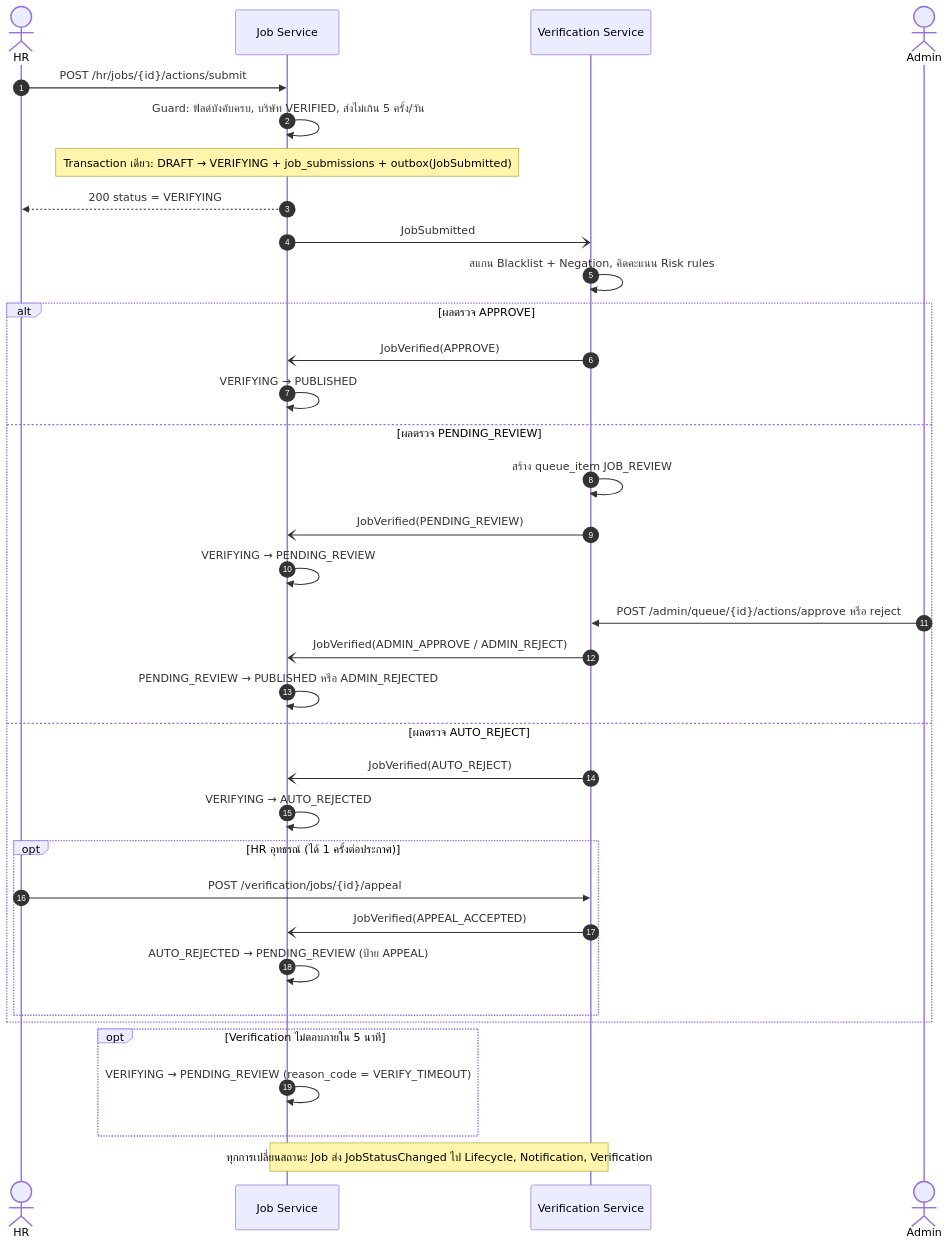
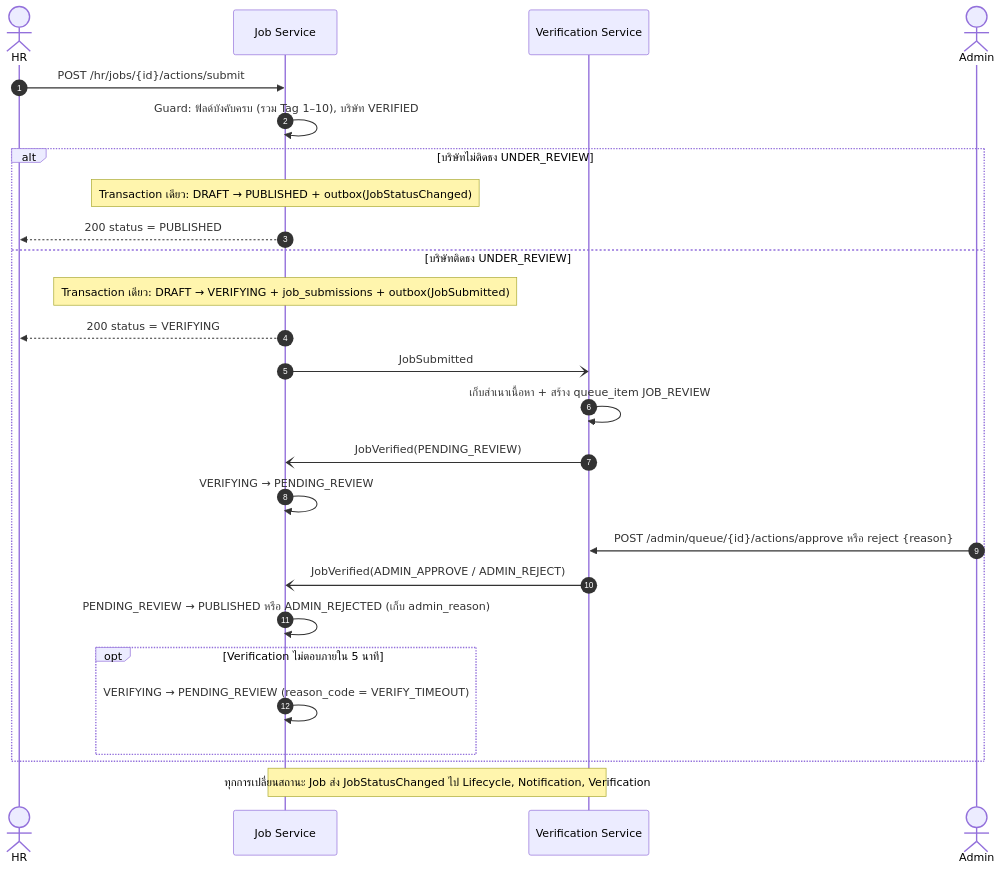
The sixth of 18 diagrams in docs/diagram.md (InternPATHz/InternPATH), drawn with Mermaid before and after one commit. The commit also changed other lines of this file and 224 other files, not shown here.

````diff
--- a/docs/diagram.md
+++ b/docs/diagram.md
@@ -191,41 +191,31 @@
 ```mermaid
 sequenceDiagram
     autonumber
     actor HR as HR
     participant Job as Job Service
     participant Ver as Verification Service
     actor Admin as Admin
 
     HR->>Job: POST /hr/jobs/{id}/actions/submit
-    Job->>Job: Guard: ฟิลด์บังคับครบ, บริษัท VERIFIED, ส่งไม่เกิน 5 ครั้ง/วัน
-    Note over Job: Transaction เดียว: DRAFT → VERIFYING + job_submissions + outbox(JobSubmitted)
-    Job-->>HR: 200 status = VERIFYING
-    Job-)Ver: JobSubmitted
-    Ver->>Ver: สแกน Blacklist + Negation, คิดคะแนน Risk rules
+    Job->>Job: Guard: ฟิลด์บังคับครบ (รวม Tag 1–10), บริษัท VERIFIED
 
-    alt ผลตรวจ APPROVE
-        Ver-)Job: JobVerified(APPROVE)
-        Job->>Job: VERIFYING → PUBLISHED
-    else ผลตรวจ PENDING_REVIEW
-        Ver->>Ver: สร้าง queue_item JOB_REVIEW
+    alt บริษัทไม่ติดธง UNDER_REVIEW
+        Note over Job: Transaction เดียว: DRAFT → PUBLISHED + outbox(JobStatusChanged)
+        Job-->>HR: 200 status = PUBLISHED
+    else บริษัทติดธง UNDER_REVIEW
+        Note over Job: Transaction เดียว: DRAFT → VERIFYING + job_submissions + outbox(JobSubmitted)
+        Job-->>HR: 200 status = VERIFYING
+        Job-)Ver: JobSubmitted
+        Ver->>Ver: เก็บสำเนาเนื้อหา + สร้าง queue_item JOB_REVIEW
         Ver-)Job: JobVerified(PENDING_REVIEW)
         Job->>Job: VERIFYING → PENDING_REVIEW
-        Admin->>Ver: POST /admin/queue/{id}/actions/approve หรือ reject
+        Admin->>Ver: POST /admin/queue/{id}/actions/approve หรือ reject {reason}
         Ver-)Job: JobVerified(ADMIN_APPROVE / ADMIN_REJECT)
-        Job->>Job: PENDING_REVIEW → PUBLISHED หรือ ADMIN_REJECTED
-    else ผลตรวจ AUTO_REJECT
-        Ver-)Job: JobVerified(AUTO_REJECT)
-        Job->>Job: VERIFYING → AUTO_REJECTED
-        opt HR อุทธรณ์ (ได้ 1 ครั้งต่อประกาศ)
-            HR->>Ver: POST /verification/jobs/{id}/appeal
-            Ver-)Job: JobVerified(APPEAL_ACCEPTED)
-            Job->>Job: AUTO_REJECTED → PENDING_REVIEW (ป้าย APPEAL)
+        Job->>Job: PENDING_REVIEW → PUBLISHED หรือ ADMIN_REJECTED (เก็บ admin_reason)
+        opt Verification ไม่ตอบภายใน 5 นาที
+            Job->>Job: VERIFYING → PENDING_REVIEW (reason_code = VERIFY_TIMEOUT)
         end
-    end
-
-    opt Verification ไม่ตอบภายใน 5 นาที
-        Job->>Job: VERIFYING → PENDING_REVIEW (reason_code = VERIFY_TIMEOUT)
     end
 
     Note over Job,Ver: ทุกการเปลี่ยนสถานะ Job ส่ง JobStatusChanged ไป Lifecycle, Notification, Verification
 ```
````
